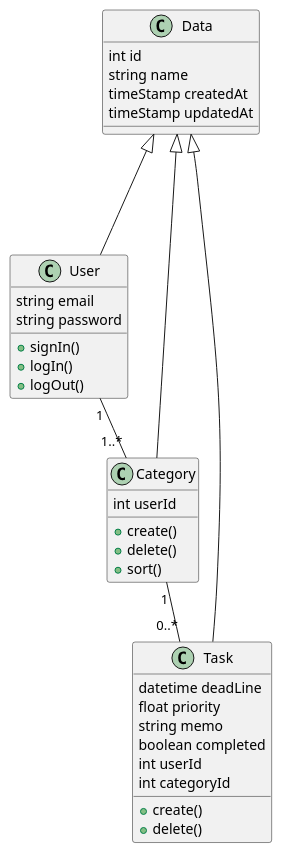
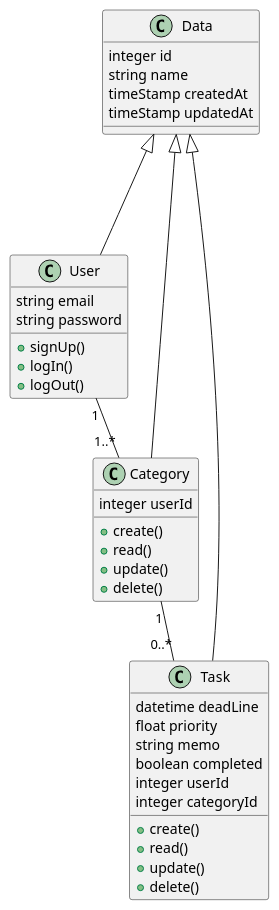
Before and after one commit to harada4840/java_sample: the diagram in docs/todolist.puml, drawn with PlantUML.

Commit message:
クラス図を編集しました（第2回）

```diff
--- a/docs/todolist.puml
+++ b/docs/todolist.puml
@@ -1,46 +1,49 @@
 @startuml
 
 class Data{
-    int id
+    integer id
     string name
     timeStamp createdAt
     timeStamp updatedAt
 }
 
 class User{
     string email
     string password
 
-    +signIn()
+    +signUp()
     +logIn()
     +logOut()
 }
 
 class Category{
-    int userId
+    integer userId
 
     +create()
+    +read()
+    +update()
     +delete()
-    +sort()
 }
 
 class Task{
     datetime deadLine
     float priority
     string memo
     boolean completed
-    int userId
-    int categoryId
+    integer userId
+    integer categoryId
 
     +create()
+    +read()
+    +update()
     +delete()
 }
 
 Data<|-- User
 Data<|---- Category
 Data<|---- Task
 
 User "1" -- "1..*" Category
 Category "1" -- "0..*" Task
 
 @enduml
```
